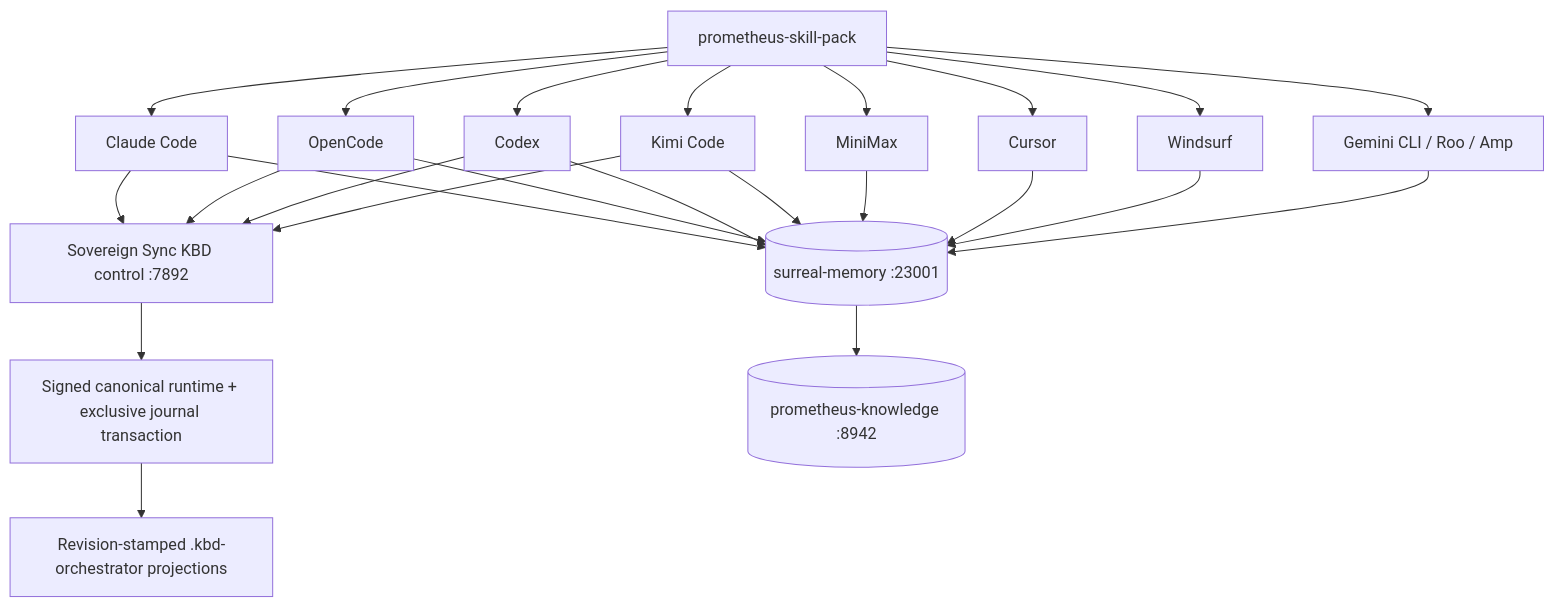
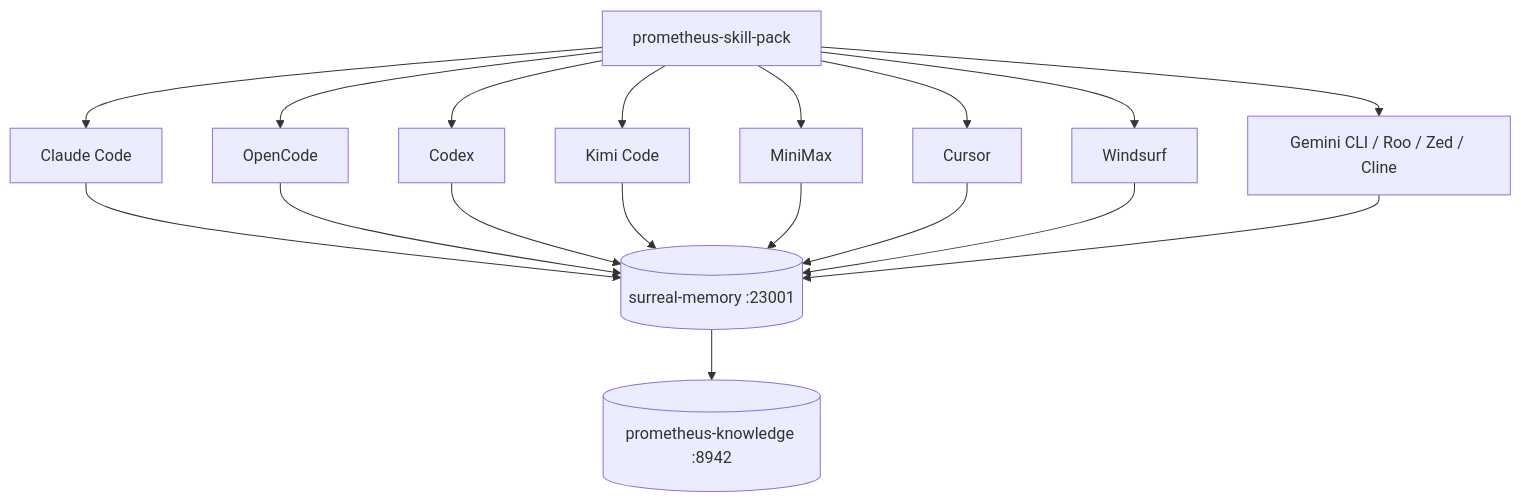
The diagram in docs/guide/17-platform-support.md (Prometheus-AGS/prometheus-skill-system), drawn with Mermaid before and after one commit. The commit also changed other lines of this file and 32 other files, not shown here.

````diff
--- a/docs/guide/17-platform-support.md
+++ b/docs/guide/17-platform-support.md
@@ -28,16 +30,13 @@
 ```mermaid
 graph TD
     A[prometheus-skill-pack] --> B[Claude Code]
     A --> C[OpenCode]
     A --> D[Codex]
     A --> E[Kimi Code]
     A --> F[MiniMax]
     A --> G[Cursor]
     A --> H[Windsurf]
-    A --> I[Gemini CLI / Roo / Amp]
-    B & C & D & E --> J["Sovereign Sync KBD control :7892"]
-    J --> K["Signed canonical runtime + exclusive journal transaction"]
-    K --> L["Revision-stamped .kbd-orchestrator projections"]
+    A --> I[Gemini CLI / Roo / Zed / Cline]
     B & C & D & E & F & G & H & I --> M[(surreal-memory :23001)]
     M --> N[(prometheus-knowledge :8942)]
 ```
````
